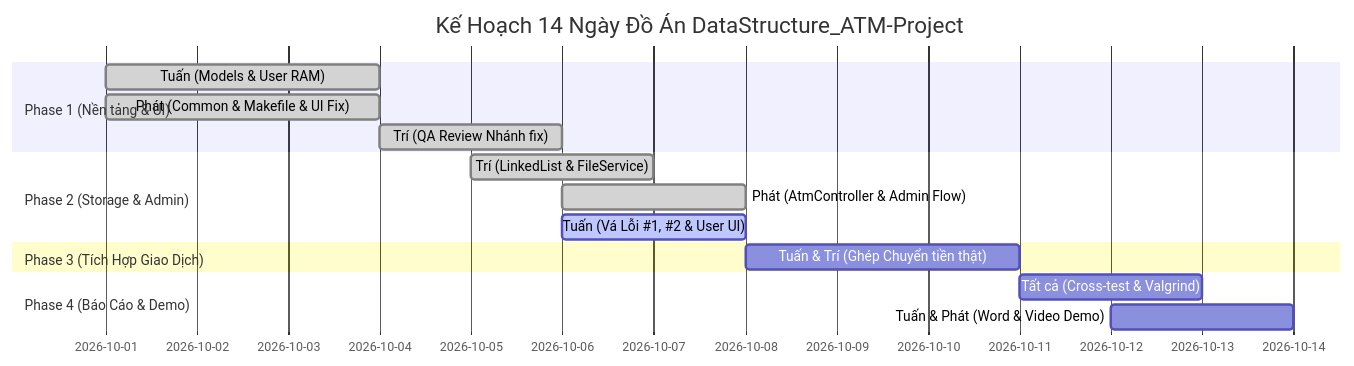
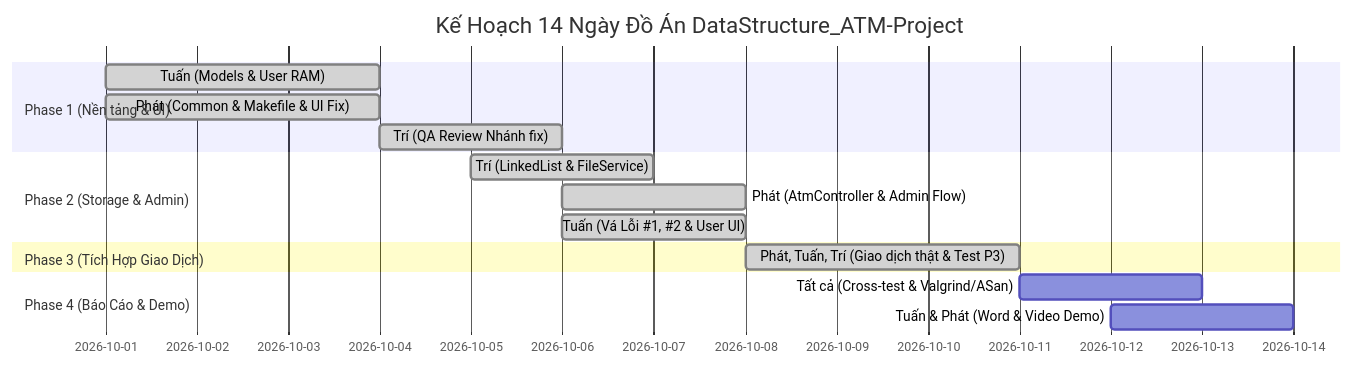
One commit to phattvh/DataStructure_ATM-Project changed the second of 2 diagrams in docs/TIEN_DO_CONG_VIEC.md. Above: the diagram before and after it, drawn with Mermaid. The commit also changed other lines of this file, not shown here.

````diff
--- a/docs/TIEN_DO_CONG_VIEC.md
+++ b/docs/TIEN_DO_CONG_VIEC.md
@@ -95,18 +97,18 @@
 ```mermaid
 gantt
     title Kế Hoạch 14 Ngày Đồ Án DataStructure_ATM-Project
     dateFormat  YYYY-MM-DD
     section Phase 1 (Nền tảng & UI)
     Tuấn (Models & User RAM)         :done, p1_a, 2026-10-01, 3d
     Phát (Common & Makefile & UI Fix):done, p1_c, 2026-10-01, 3d
     Trí (QA Review Nhánh fix)       :done, p1_b, 2026-10-04, 2d
     section Phase 2 (Storage & Admin)
     Trí (LinkedList & FileService)  :done, p2_b, 2026-10-05, 2d
     Phát (AtmController & Admin Flow):done, p2_c, 2026-10-06, 2d
-    Tuấn (Vá Lỗi #1, #2 & User UI)  :active, p2_a, 2026-10-06, 2d
+    Tuấn (Vá Lỗi #1, #2 & User UI)  :done, p2_a, 2026-10-06, 2d
     section Phase 3 (Tích Hợp Giao Dịch)
-    Tuấn & Trí (Ghép Chuyển tiền thật):p3_ab, 2026-10-08, 3d
+    Phát, Tuấn, Trí (Giao dịch thật & Test P3) :done, p3_all, 2026-10-08, 3d
     section Phase 4 (Báo Cáo & Demo)
-    Tất cả (Cross-test & Valgrind)   :p4_test, 2026-10-11, 2d
-    Tuấn & Phát (Word & Video Demo)  :p4_doc, 2026-10-12, 2d
+    Tất cả (Cross-test & Valgrind/ASan)   :p4_test, 2026-10-11, 2d
+    Tuấn & Phát (Word & Video Demo)       :p4_doc, 2026-10-12, 2d
 ```
````
